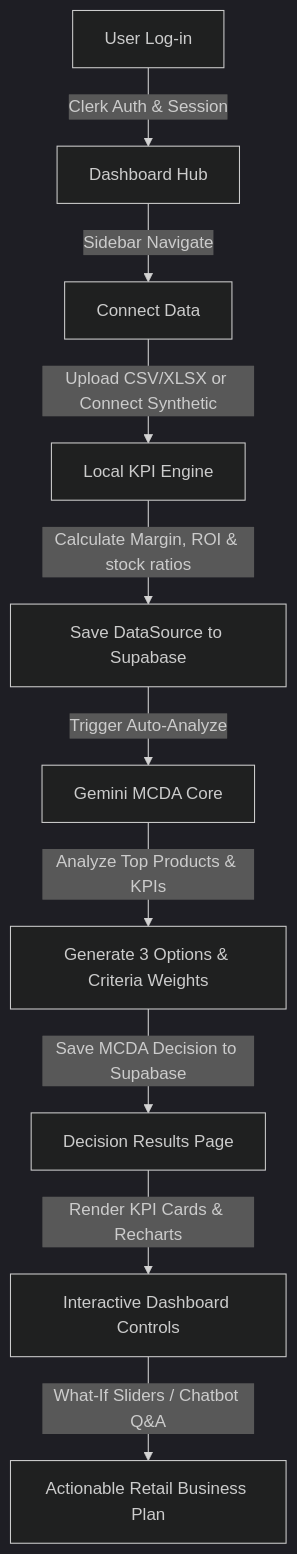
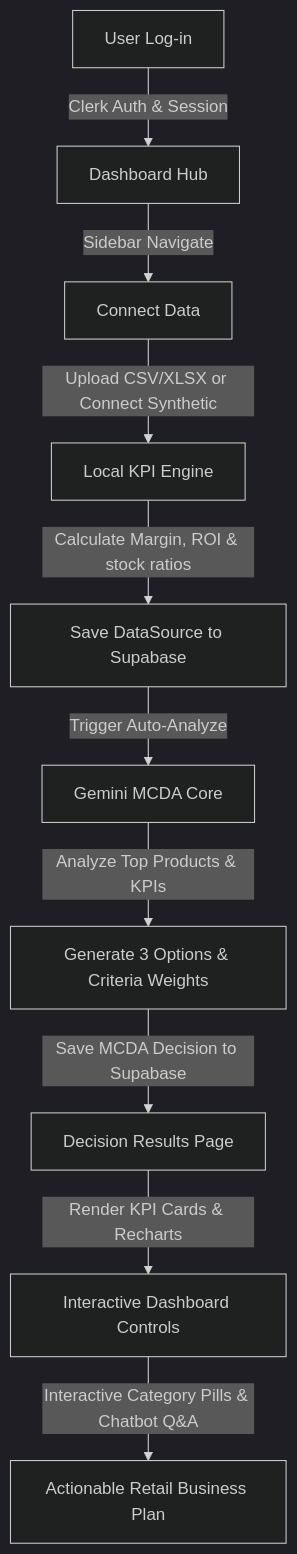
One commit to RESKCORE/KLAROS changed the diagram in README.md. Above: the diagram before and after it, drawn with Mermaid (dark theme). The commit also changed other lines of this file and 12 other files, not shown here.

````diff
--- a/README.md
+++ b/README.md
@@ -49,12 +49,12 @@
 ```mermaid
 graph TD
     A[User Log-in] -->|Clerk Auth & Session| B[Dashboard Hub]
     B -->|Sidebar Navigate| C[Connect Data]
     C -->|Upload CSV/XLSX or Connect Synthetic| D[Local KPI Engine]
     D -->|Calculate Margin, ROI & stock ratios| E[Save DataSource to Supabase]
     E -->|Trigger Auto-Analyze| F[Gemini MCDA Core]
     F -->|Analyze Top Products & KPIs| G[Generate 3 Options & Criteria Weights]
     G -->|Save MCDA Decision to Supabase| H[Decision Results Page]
     H -->|Render KPI Cards & Recharts| I[Interactive Dashboard Controls]
-    I -->|What-If Sliders / Chatbot Q&A| J[Actionable Retail Business Plan]
+    I -->|Interactive Category Pills & Chatbot Q&A| J[Actionable Retail Business Plan]
 ```
````
